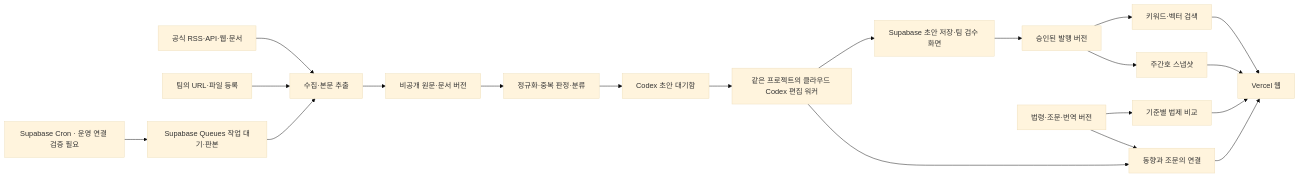
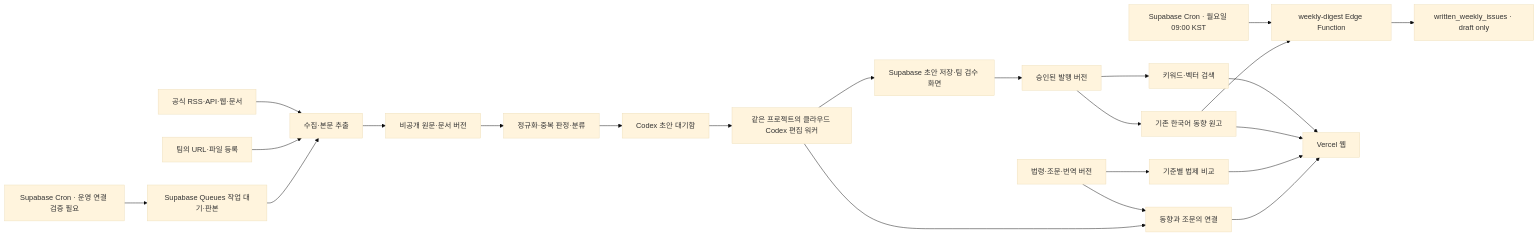
Before and after one commit to parksunup/globaltrend: the first of 4 diagrams in architecture.md, drawn with Mermaid (base theme). The commit also changed other lines of this file and 9 other files, not shown here.

Commit message:
Add Supabase weekly digest schedule

````diff
--- a/architecture.md
+++ b/architecture.md
@@ -79,22 +79,25 @@
 ```mermaid
 flowchart LR
     Sources[공식 RSS·API·웹·문서] --> Fetch[수집·본문 추출]
     Manual[팀의 URL·파일 등록] --> Fetch
     Cron[Supabase Cron · 운영 연결 검증 필요] --> Queue[Supabase Queues 작업 대기·판본]
     Queue --> Fetch
     Fetch --> Raw[비공개 원문·문서 버전]
     Raw --> Process[정규화·중복 판정·분류]
     Process --> DraftQueue[Codex 초안 대기함]
     DraftQueue --> Codex[같은 프로젝트의 클라우드 Codex 편집 워커]
     Codex --> Review[Supabase 초안 저장·팀 검수 화면]
     Review --> Published[승인된 발행 버전]
     Published --> Search[키워드·벡터 검색]
-    Published --> Reports[주간호 스냅샷]
+    Published --> Reports[기존 한국어 동향 원고]
+    WeeklyCron[Supabase Cron · 월요일 09:00 KST] --> WeeklyEdge[weekly-digest Edge Function]
+    Reports --> WeeklyEdge
+    WeeklyEdge --> WeeklyDraft[written_weekly_issues · draft only]
     Laws[법령·조문·번역 버전] --> Compare[기준별 법제 비교]
     Laws --> References[동향과 조문의 연결]
     Codex --> References
     Search --> Web[Vercel 웹]
     Reports --> Web
     Compare --> Web
     References --> Web
 ```
````
